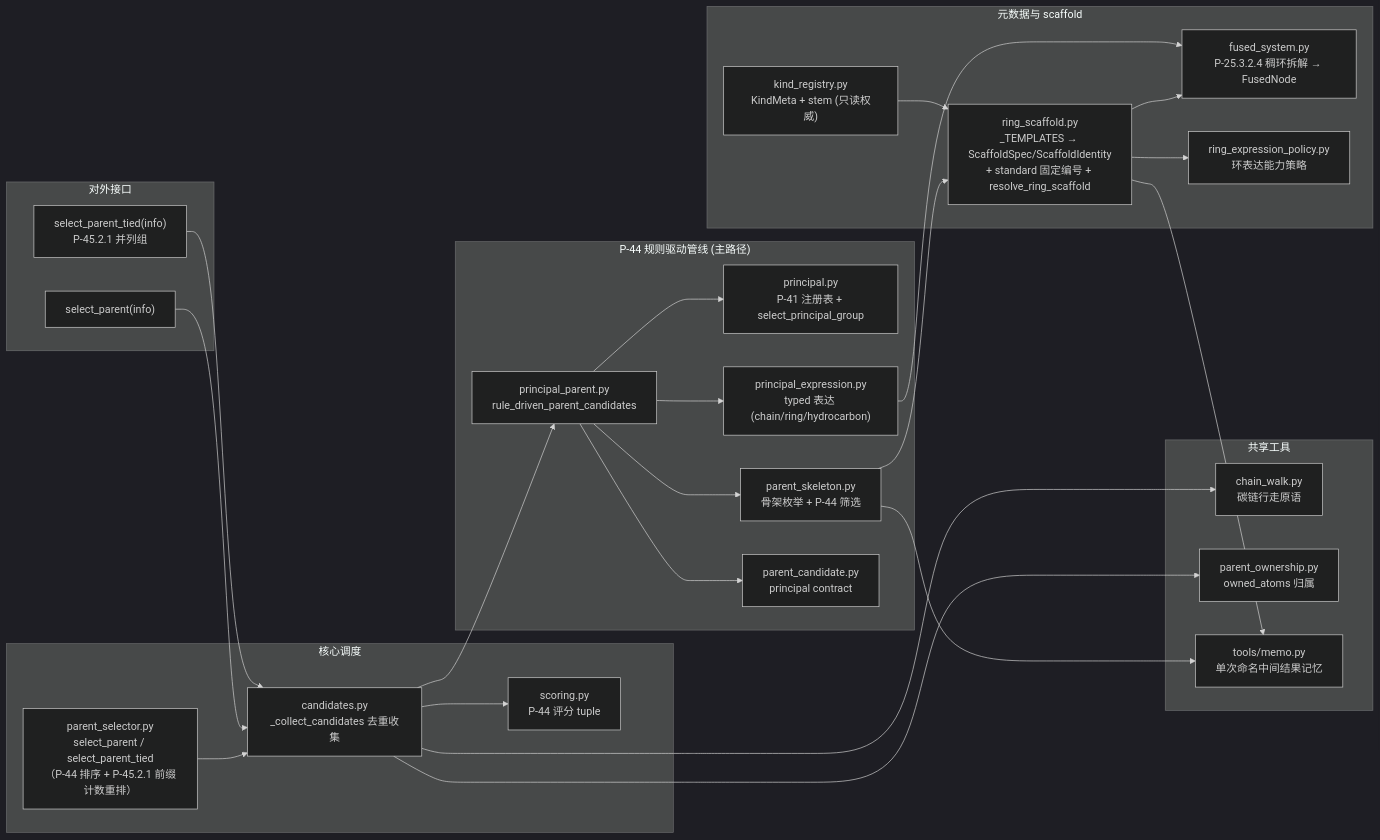
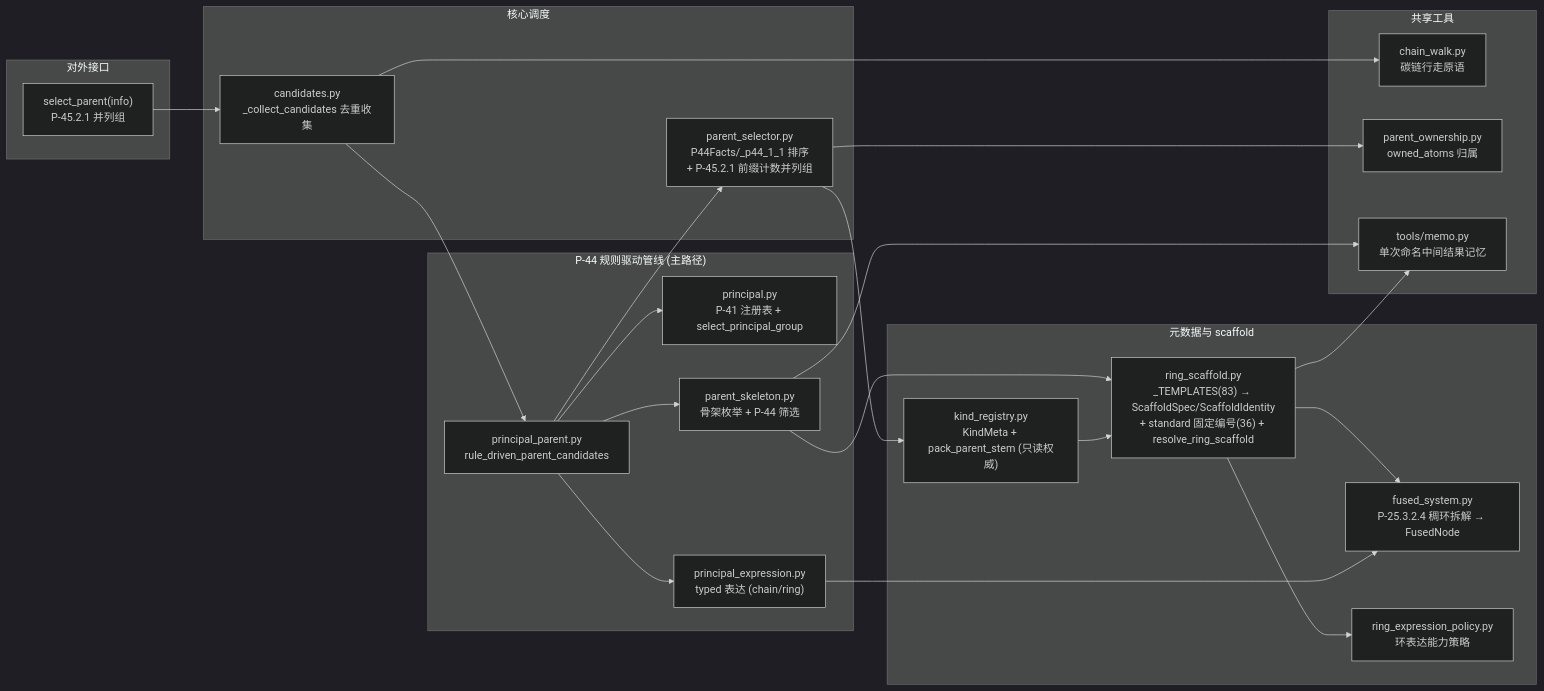
Before and after one commit to zouxiaofei1/OpenSMILES: the fourth of 4 diagrams in docs/wiki/architecture/layer2-parent-selector.md, drawn with Mermaid (dark theme). The commit also changed other lines of this file and 18 other files, not shown here.

````diff
--- a/docs/wiki/architecture/layer2-parent-selector.md
+++ b/docs/wiki/architecture/layer2-parent-selector.md
@@ -298,49 +299,45 @@
 ```mermaid
 flowchart LR
     subgraph Public_API["对外接口"]
-        SP["select_parent(info)"]
-        SPT["select_parent_tied(info)<br/>P-45.2.1 并列组"]
+        SP["select_parent(info)<br/>P-45.2.1 并列组"]
     end
 
     subgraph Principal["P-44 规则驱动管线 (主路径)"]
         PR["principal.py<br/>P-41 注册表 + select_principal_group"]
         SKEL["parent_skeleton.py<br/>骨架枚举 + P-44 筛选"]
-        PEXPR["principal_expression.py<br/>typed 表达 (chain/ring/hydrocarbon)"]
+        PEXPR["principal_expression.py<br/>typed 表达 (chain/ring)"]
         PPR["principal_parent.py<br/>rule_driven_parent_candidates"]
-        PCAND["parent_candidate.py<br/>principal contract"]
     end
 
     subgraph Core["核心调度"]
         CAND["candidates.py<br/>_collect_candidates 去重收集"]
-        SCORE["scoring.py<br/>P-44 评分 tuple"]
-        PSEL["parent_selector.py<br/>select_parent / select_parent_tied<br/>（P-44 排序 + P-45.2.1 前缀计数重排）"]
+        PSEL["parent_selector.py<br/>P44Facts/_p44_1_1 排序<br/>+ P-45.2.1 前缀计数并列组"]
     end
 
     subgraph Registry["元数据与 scaffold"]
-        KR["kind_registry.py<br/>KindMeta + stem (只读权威)"]
-        RSCAFF["ring_scaffold.py<br/>_TEMPLATES → ScaffoldSpec/ScaffoldIdentity<br/>+ standard 固定编号 + resolve_ring_scaffold"]
+        KR["kind_registry.py<br/>KindMeta + pack_parent_stem (只读权威)"]
+        RSCAFF["ring_scaffold.py<br/>_TEMPLATES(83) → ScaffoldSpec/ScaffoldIdentity<br/>+ standard 固定编号(36) + resolve_ring_scaffold"]
         FUSED["fused_system.py<br/>P-25.3.2.4 稠环拆解 → FusedNode"]
         REP["ring_expression_policy.py<br/>环表达能力策略"]
     end
 
     subgraph Utilities["共享工具"]
         CW["chain_walk.py<br/>碳链行走原语"]
         OWN["parent_ownership.py<br/>owned_atoms 归属"]
         MEMO["tools/memo.py<br/>单次命名中间结果记忆"]
     end
 
-    PSEL --> CAND
     SP --> CAND
-    SPT --> CAND
     CAND --> PPR
-    PPR --> PR & SKEL & PEXPR & PCAND
+    PPR --> PR & SKEL & PEXPR
+    PPR --> PSEL
     SKEL --> RSCAFF
     KR --> RSCAFF
     RSCAFF --> REP
     RSCAFF --> FUSED
     PEXPR --> FUSED
-    CAND --> SCORE & OWN
+    PSEL --> KR & OWN
     CAND --> CW
     RSCAFF --> MEMO
     SKEL --> MEMO
 ```
````
